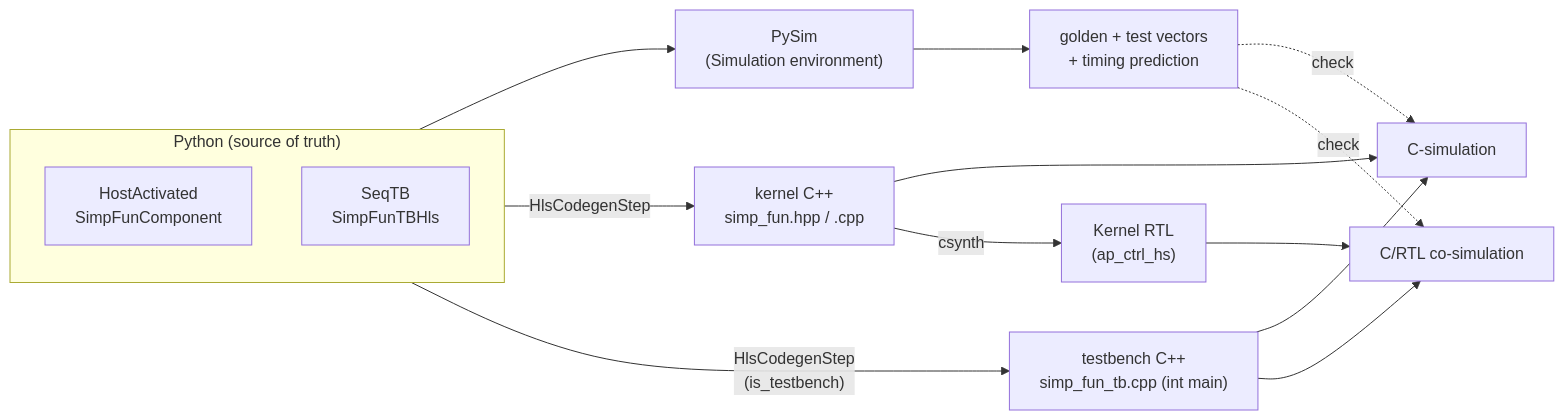
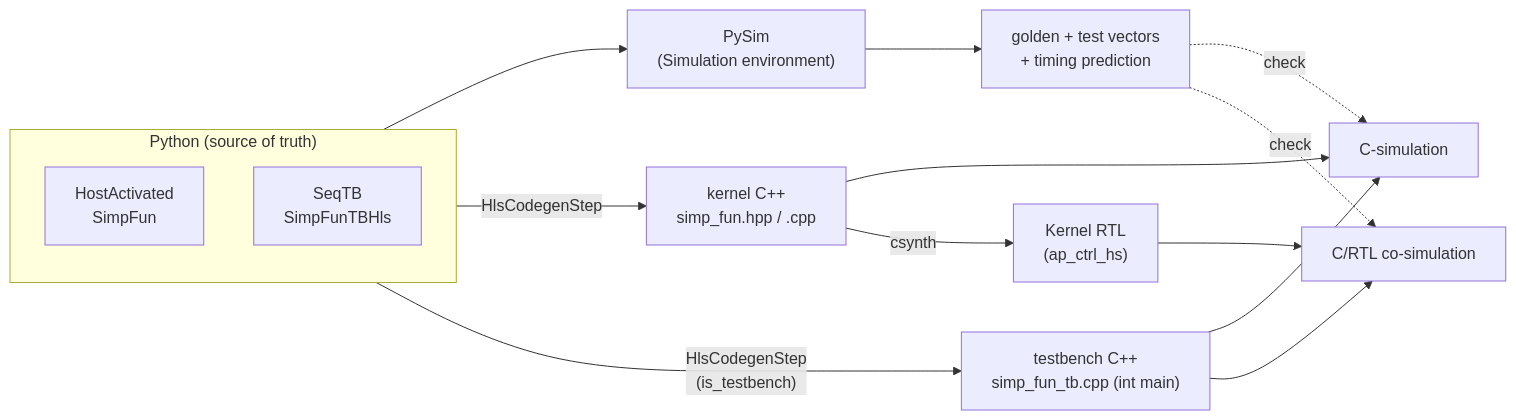
Before and after one commit to sdrangan/waveflow: the diagram in docs/guide/flows/sequential_flowsteps.md, drawn with Mermaid. The commit also changed other lines of this file and 80 other files, not shown here.

First line of the commit message:
docs: rename to HwModule vocabulary; restructure flows → "Hardware modules and Flows"

````diff
--- a/docs/guide/flows/sequential_flowsteps.md
+++ b/docs/guide/flows/sequential_flowsteps.md
@@ -17,23 +17,23 @@
 ```mermaid
 flowchart LR
   subgraph py["Python (source of truth)"]
     direction TB
-    HA["HostActivated<br/>SimpFunComponent"]
+    HA["HostActivated<br/>SimpFun"]
     TB["SeqTB<br/>SimpFunTBHls"]
   end
 
   HA --> PS["PySim<br/>(Simulation environment)"]
   PS --> V["golden + test vectors<br/>+ timing prediction"]
 
   HA -->|"HlsCodegenStep"| K["kernel C++<br/>simp_fun.hpp / .cpp"]
   TB -->|"HlsCodegenStep<br/>(is_testbench)"| M["testbench C++<br/>simp_fun_tb.cpp (int main)"]
 
   K --> CS["C-simulation"]
   M --> CS
   K -->|"csynth"| RTL["Kernel RTL<br/>(ap_ctrl_hs)"]
   M --> CO["C/RTL co-simulation"]
   RTL --> CO
 
   V -.->|"check"| CS
   V -.->|"check"| CO
 ```
````
